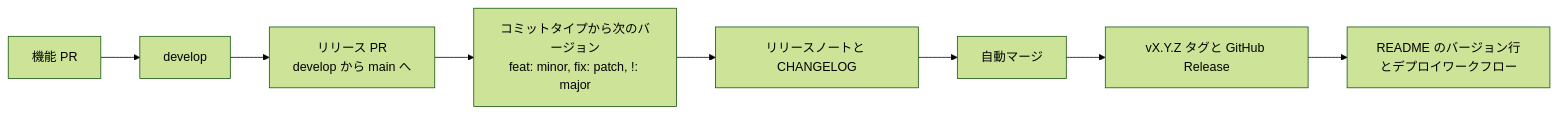
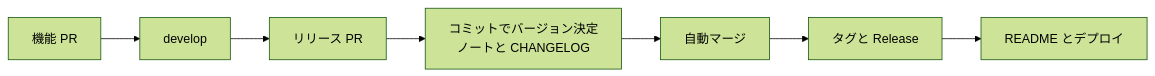
Before and after one commit to Twin-Fang/project-auto-wizard: the first of 2 diagrams in README.ja.md, drawn with Mermaid (forest theme). The commit also changed other lines of this file and 3 other files, not shown here.

````diff
--- a/README.ja.md
+++ b/README.ja.md
@@ -123,10 +123,4 @@
 ```mermaid
 flowchart LR
-    A[機能 PR] --> B[develop]
-    B --> C[リリース PR<br/>develop から main へ]
-    C --> D[コミットタイプから次のバージョン<br/>feat: minor, fix: patch, !: major]
-    D --> E[リリースノートと CHANGELOG]
-    E --> F[自動マージ]
-    F --> G[vX.Y.Z タグと GitHub Release]
-    G --> H[README のバージョン行とデプロイワークフロー]
+    A["機能 PR"] --> B["develop"] --> C["リリース PR"] --> D["コミットでバージョン決定<br/>ノートと CHANGELOG"] --> E["自動マージ"] --> F["タグと Release"] --> G["README とデプロイ"]
 ```
````
